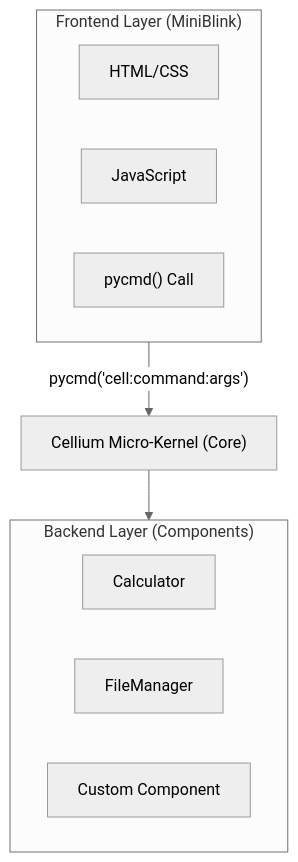
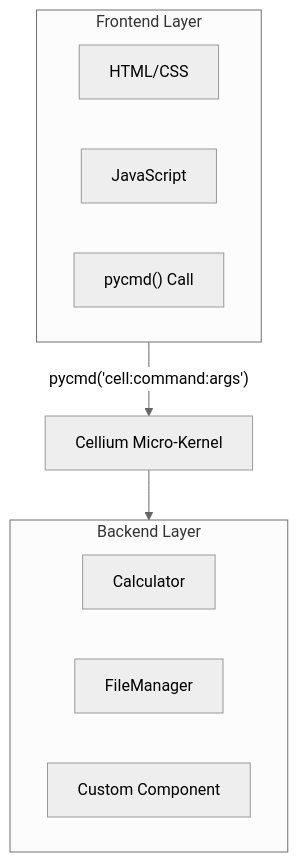
One commit to xiaojinao/Cellium changed the first of 4 diagrams in README.en.md. Above: the diagram before and after it, drawn with Mermaid (neutral theme). The commit also changed other lines of this file and 1 other file, not shown here.

First line of the commit message:
docs: 更新README中的流程图样式和描述

````diff
--- a/README.en.md
+++ b/README.en.md
@@ -113,19 +113,19 @@
 ```mermaid
 flowchart TB
-    subgraph Frontend["Frontend Layer (MiniBlink)"]
+    subgraph Frontend["Frontend Layer"]
         H["HTML/CSS"]
         J["JavaScript"]
         P["pycmd() Call"]
     end
 
-    Core["Cellium Micro-Kernel (Core)"]
+    Core["Cellium Micro-Kernel"]
     
-    subgraph Backend["Backend Layer (Components)"]
+    subgraph Backend["Backend Layer"]
         C["Calculator"]
         F["FileManager"]
         Custom["Custom Component"]
     end
 
-    Frontend -- pycmd('cell:command:args') --> Core
+    Frontend -->|"pycmd('cell:command:args')"| Core
     Core --> Backend
 ```
````
